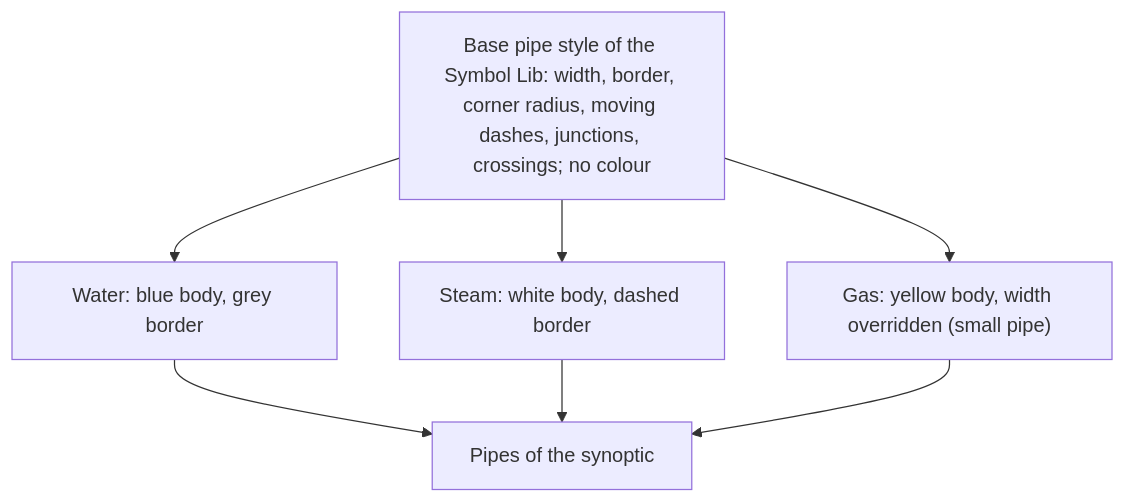
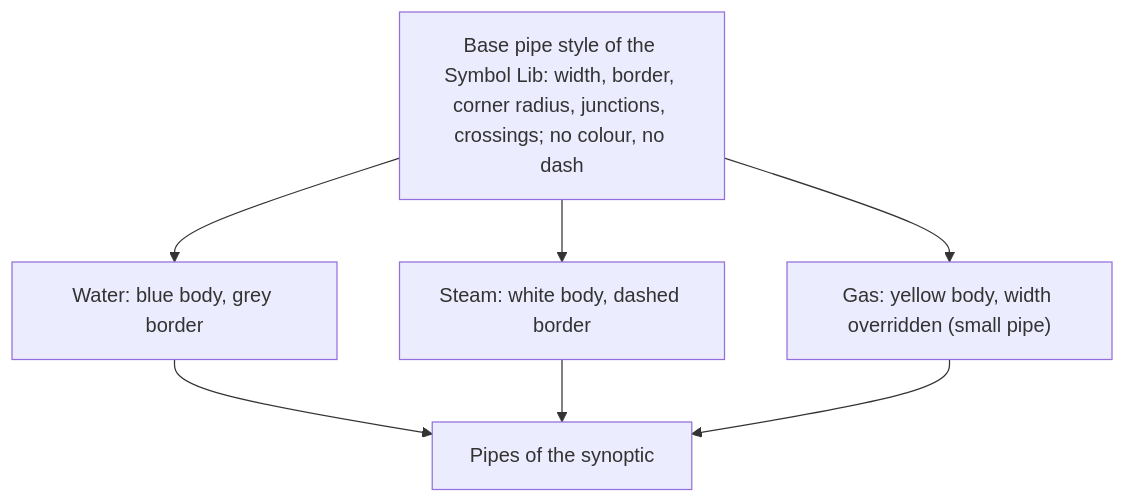
One commit to AlexandreGallais/synoptic-studio-spec changed the first of 3 diagrams in symbols/pipes/pipe-styles.md. Above: the diagram before and after it, drawn with Mermaid. The commit also changed other lines of this file and 5 other files, not shown here.

First line of the commit message:
docs(pipes): move moving dashes to pipe styles and list built-in enums first

````diff
--- a/symbols/pipes/pipe-styles.md
+++ b/symbols/pipes/pipe-styles.md
@@ -47,10 +48,10 @@
 ```mermaid
 flowchart TD
-    B["Base pipe style of the Symbol Lib: width, border, corner radius, moving dashes, junctions, crossings; no colour"]
+    B["Base pipe style of the Symbol Lib: width, border, corner radius, junctions, crossings; no colour, no dash"]
     B --> W["Water: blue body, grey border"]
     B --> S["Steam: white body, dashed border"]
     B --> G["Gas: yellow body, width overridden (small pipe)"]
     W --> P1["Pipes of the synoptic"]
     S --> P1
     G --> P1
 ```
````
